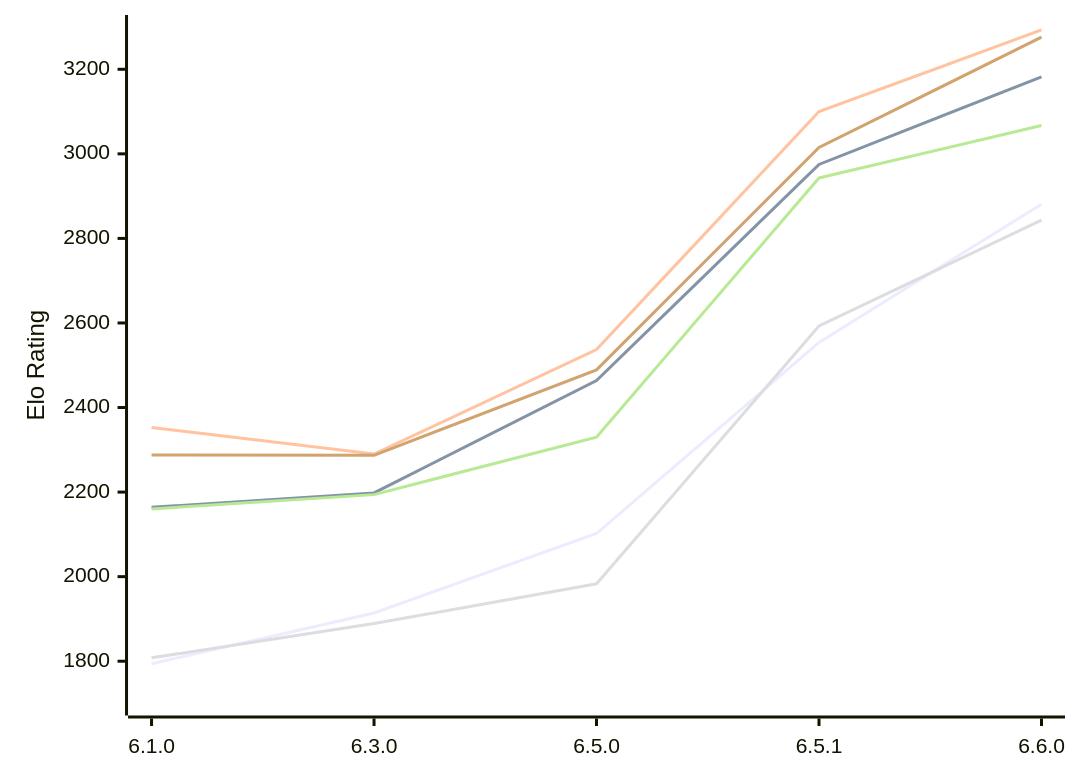
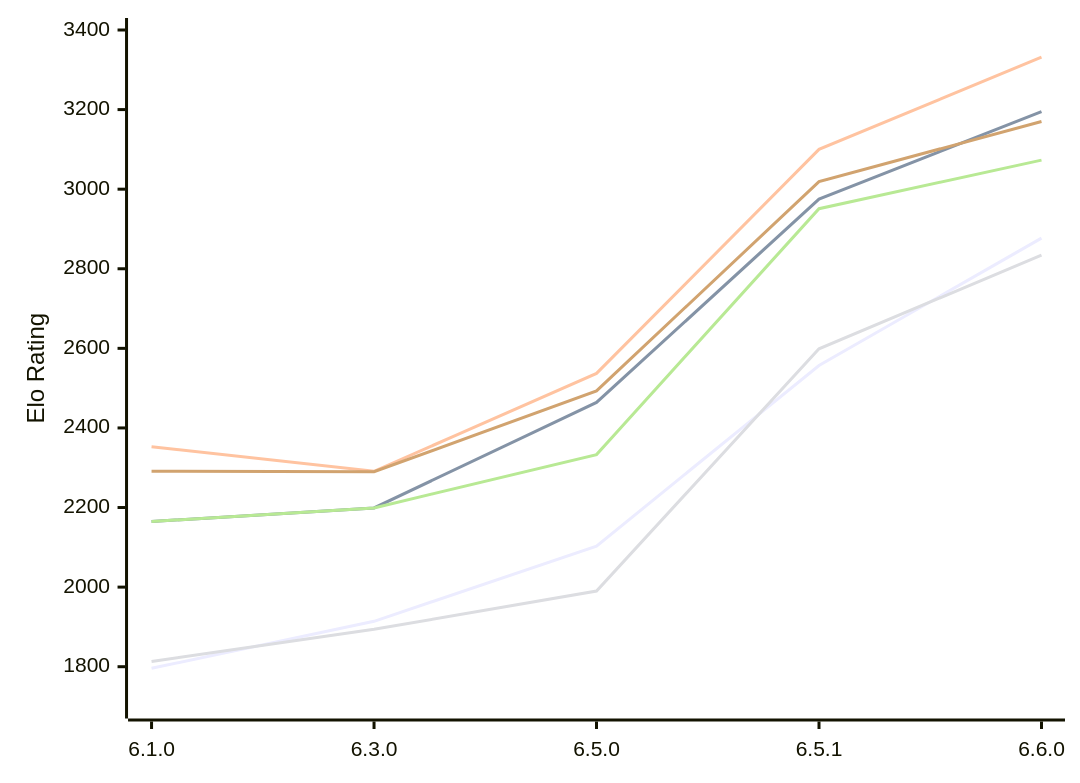
The diagram in engines/Luminex.md (computer-chess-index/cci), drawn with Mermaid before and after one commit. The commit also changed other lines of this file, not shown here.

Commit message:
Update CCI Ratings (ELO VLTC) - 2026-11-17

````diff
--- a/engines/Luminex.md
+++ b/engines/Luminex.md
@@ -55,12 +55,12 @@
 ```mermaid
 %%{init: {"theme":"base","themeVariables":{"seriesColors:['#a3a3a3','#222221','#faa371']}}}%%
 xychart-beta
   x-axis ["6.1.0", "6.3.0", "6.5.0", "6.5.1", "6.6.0"]
-  y-axis "Elo Rating" 1700 --> 3300
-  line "E1: STC (8.0+0.08s)" [1794, 1914, 2102, 2554, 2881]
-  line "E1: LTC (60.0+0.60s)" [2164, 2198, 2464, 2975, 3182]
-  line "E1: VLTC (2m24s+1.12s)" [2353, 2290, 2537, 3100, 3293]
-  line "P1: STC (8.0+0.08s)" [1808, 1889, 1983, 2593, 2843]
-  line "P1: LTC (60.0+0.60s)" [2160, 2194, 2330, 2943, 3067]
-  line "P1: VLTC (2m24s+1.12s)" [2288, 2287, 2489, 3015, 3276]
+  y-axis "Elo Rating" 1700 --> 3400
+  line "E1: STC (8.0+0.08s)" [1796, 1914, 2103, 2557, 2877]
+  line "E1: LTC (60.0+0.60s)" [2165, 2199, 2464, 2975, 3195]
+  line "E1: VLTC (2m24s+1.12s)" [2353, 2291, 2537, 3100, 3332]
+  line "P1: STC (8.0+0.08s)" [1813, 1894, 1990, 2599, 2834]
+  line "P1: LTC (60.0+0.60s)" [2165, 2199, 2333, 2951, 3073]
+  line "P1: VLTC (2m24s+1.12s)" [2291, 2290, 2493, 3019, 3170]
 ```
````
